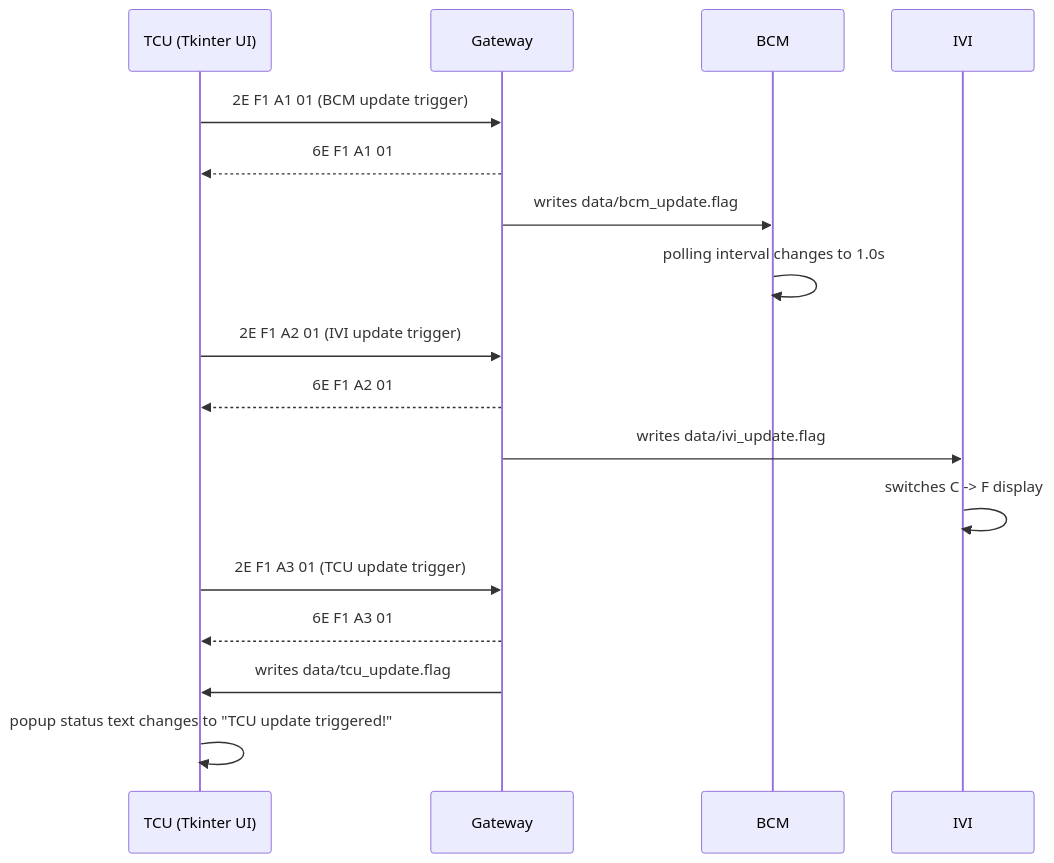
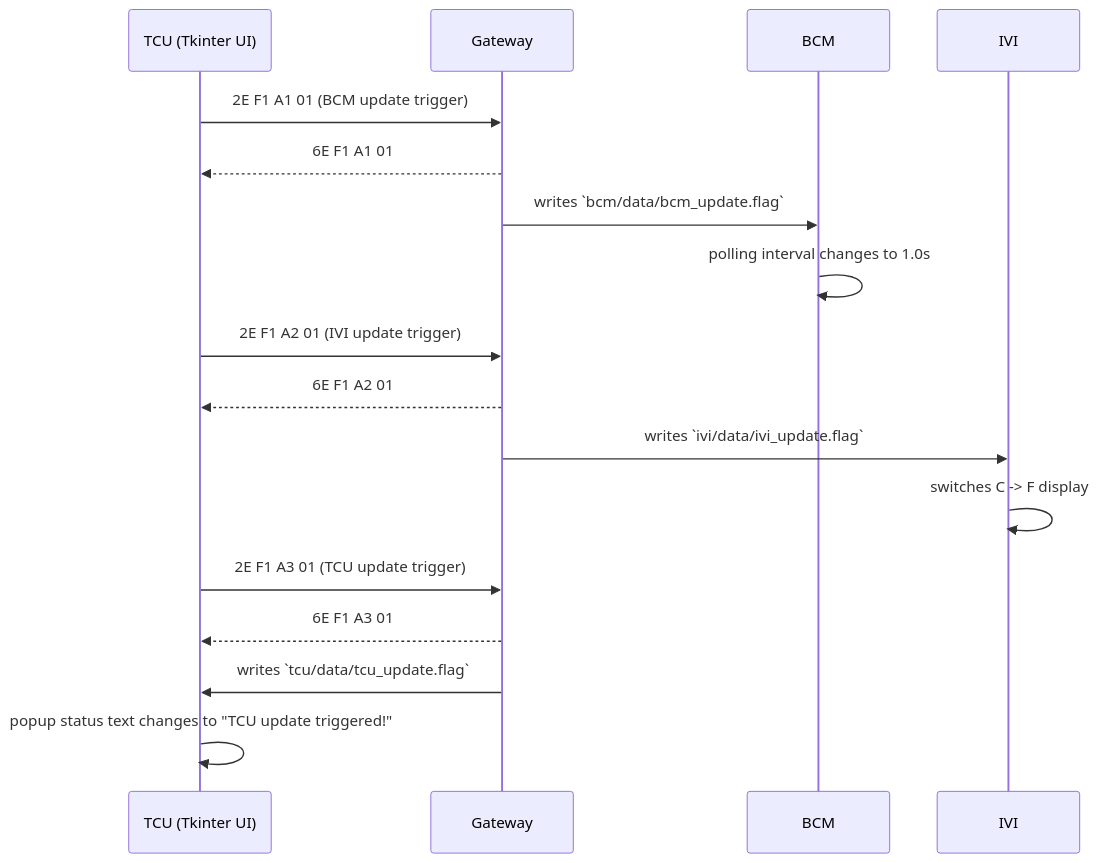
One commit to Komal-kalyanraman/virtual-car changed the fourth of 4 diagrams in README.md. Above: the diagram before and after it, drawn with Mermaid. The commit also changed other lines of this file and 9 other files, not shown here.

````diff
--- a/README.md
+++ b/README.md
@@ -140,22 +142,22 @@
 ```mermaid
 sequenceDiagram
   participant TCU as TCU (Tkinter UI)
   participant GW as Gateway
   participant BCM as BCM
   participant IVI as IVI
 
   TCU->>GW: 2E F1 A1 01 (BCM update trigger)
   GW-->>TCU: 6E F1 A1 01
-  GW->>BCM: writes data/bcm_update.flag
+  GW->>BCM: writes `bcm/data/bcm_update.flag`
   BCM->>BCM: polling interval changes to 1.0s
 
   TCU->>GW: 2E F1 A2 01 (IVI update trigger)
   GW-->>TCU: 6E F1 A2 01
-  GW->>IVI: writes data/ivi_update.flag
+  GW->>IVI: writes `ivi/data/ivi_update.flag`
   IVI->>IVI: switches C -> F display
 
   TCU->>GW: 2E F1 A3 01 (TCU update trigger)
   GW-->>TCU: 6E F1 A3 01
-  GW->>TCU: writes data/tcu_update.flag
+  GW->>TCU: writes `tcu/data/tcu_update.flag`
   TCU->>TCU: popup status text changes to "TCU update triggered!"
 ```
````
